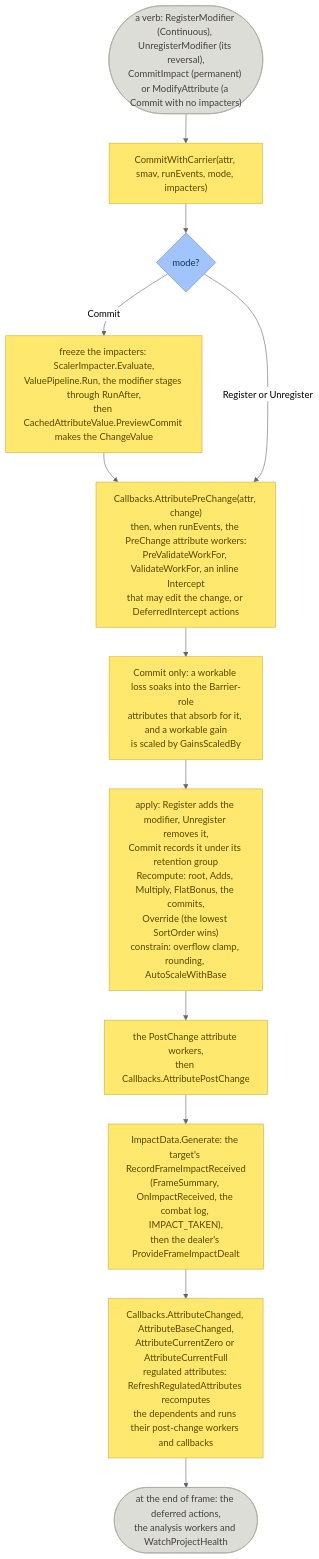
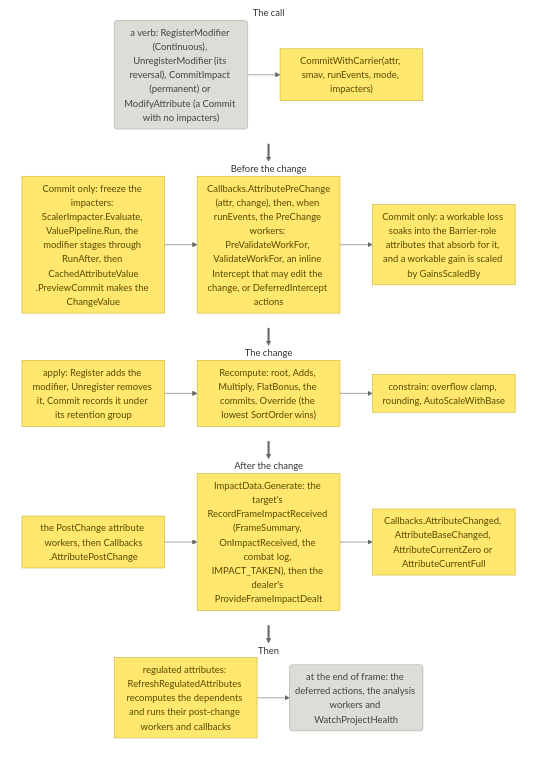
One commit to gabedvdsn/PlayForge changed the diagram in docfx/diagrams/6.2-an-attribute-change.mmd. Above: the diagram before and after it, drawn with Mermaid (neutral theme). The commit also changed 4 other files, not shown here.

First line of the commit message:
EP-82: the docs' flowcharts drawn in rows, not one long column

```diff
--- a/docfx/diagrams/6.2-an-attribute-change.mmd
+++ b/docfx/diagrams/6.2-an-attribute-change.mmd
@@ -1,19 +1,50 @@
-flowchart TD
+---
+config:
+  flowchart:
+    wrappingWidth: 210
+    padding: 8
+    nodeSpacing: 30
+    rankSpacing: 30
+---
+flowchart TB
 classDef general fill:#FFE86D,stroke:#CBB333,color:#574900
-classDef decision fill:#A0C4FB,stroke:#6A8BBF,color:#14315E
 classDef terminator fill:#DDDDD8,stroke:#A8A8A0,color:#434339
-v(["a verb: RegisterModifier (Continuous), UnregisterModifier (its reversal),<br/>CommitImpact (permanent) or ModifyAttribute (a Commit with no impacters)"]):::terminator
+subgraph r1 ["The call"]
+direction LR
+v("a verb: RegisterModifier (Continuous), UnregisterModifier (its reversal), CommitImpact (permanent) or ModifyAttribute (a Commit with no impacters)"):::terminator
 c1["CommitWithCarrier(attr, smav, runEvents, mode, impacters)"]:::general
-m{"mode?"}:::decision
-f["freeze the impacters: ScalerImpacter.Evaluate,<br/>ValuePipeline.Run, the modifier stages through RunAfter,<br/>then CachedAttributeValue.PreviewCommit makes the ChangeValue"]:::general
-pre["Callbacks.AttributePreChange(attr, change)<br/>then, when runEvents, the PreChange attribute workers:<br/>PreValidateWorkFor, ValidateWorkFor, an inline Intercept<br/>that may edit the change, or DeferredIntercept actions"]:::general
-soak["Commit only: a workable loss soaks into the Barrier-role<br/>attributes that absorb for it, and a workable gain<br/>is scaled by GainsScaledBy"]:::general
-arc["apply: Register adds the modifier, Unregister removes it,<br/>Commit records it under its retention group<br/>Recompute: root, Adds, Multiply, FlatBonus, the commits,<br/>Override (the lowest SortOrder wins)<br/>constrain: overflow clamp, rounding, AutoScaleWithBase"]:::general
-post["the PostChange attribute workers,<br/>then Callbacks.AttributePostChange"]:::general
-id["ImpactData.Generate: the target's RecordFrameImpactReceived<br/>(FrameSummary, OnImpactReceived, the combat log, IMPACT_TAKEN),<br/>then the dealer's ProvideFrameImpactDealt"]:::general
-cb["Callbacks.AttributeChanged, AttributeBaseChanged,<br/>AttributeCurrentZero or AttributeCurrentFull<br/>regulated attributes: RefreshRegulatedAttributes recomputes<br/>the dependents and runs their post-change workers and callbacks"]:::general
-eof(["at the end of frame: the deferred actions,<br/>the analysis workers and WatchProjectHealth"]):::terminator
-v --> c1 --> m
-m -->|Commit| f --> pre
-m -->|Register or Unregister| pre
-pre --> soak --> arc --> post --> id --> cb --> eof
+v --> c1
+end
+subgraph r2 ["Before the change"]
+direction LR
+f["Commit only: freeze the impacters: ScalerImpacter.Evaluate, ValuePipeline.Run, the modifier stages through RunAfter, then CachedAttributeValue<br/>.PreviewCommit makes the ChangeValue"]:::general
+pre["Callbacks.AttributePreChange<br/>(attr, change), then, when runEvents, the PreChange workers: PreValidateWorkFor, ValidateWorkFor, an inline Intercept that may edit the change, or DeferredIntercept actions"]:::general
+soak["Commit only: a workable loss soaks into the Barrier-role attributes that absorb for it, and a workable gain is scaled by GainsScaledBy"]:::general
+f --> pre --> soak
+end
+subgraph r3 ["The change"]
+direction LR
+ap["apply: Register adds the modifier, Unregister removes it, Commit records it under its retention group"]:::general
+rc["Recompute: root, Adds, Multiply, FlatBonus, the commits, Override (the lowest SortOrder wins)"]:::general
+cn["constrain: overflow clamp, rounding, AutoScaleWithBase"]:::general
+ap --> rc --> cn
+end
+subgraph r4 ["After the change"]
+direction LR
+post["the PostChange attribute workers, then Callbacks<br/>.AttributePostChange"]:::general
+imp["ImpactData.Generate: the target's RecordFrameImpactReceived (FrameSummary, OnImpactReceived, the combat log, IMPACT_TAKEN), then the dealer's ProvideFrameImpactDealt"]:::general
+cb["Callbacks.AttributeChanged, AttributeBaseChanged, AttributeCurrentZero or AttributeCurrentFull"]:::general
+post --> imp --> cb
+end
+subgraph r5 ["Then"]
+direction LR
+reg["regulated attributes: RefreshRegulatedAttributes recomputes the dependents and runs their post-change workers and callbacks"]:::general
+eof("at the end of frame: the deferred actions, the analysis workers and WatchProjectHealth"):::terminator
+reg --> eof
+end
+r1 ==> r2 ==> r3 ==> r4 ==> r5
+style r1 fill:none,stroke:none
+style r2 fill:none,stroke:none
+style r3 fill:none,stroke:none
+style r4 fill:none,stroke:none
+style r5 fill:none,stroke:none
```
